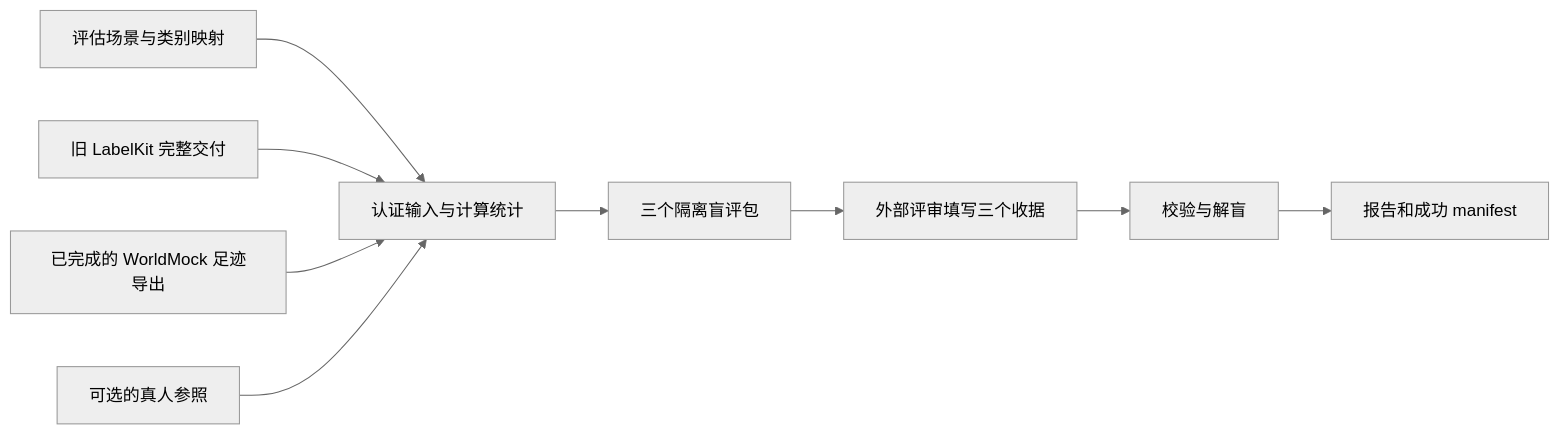
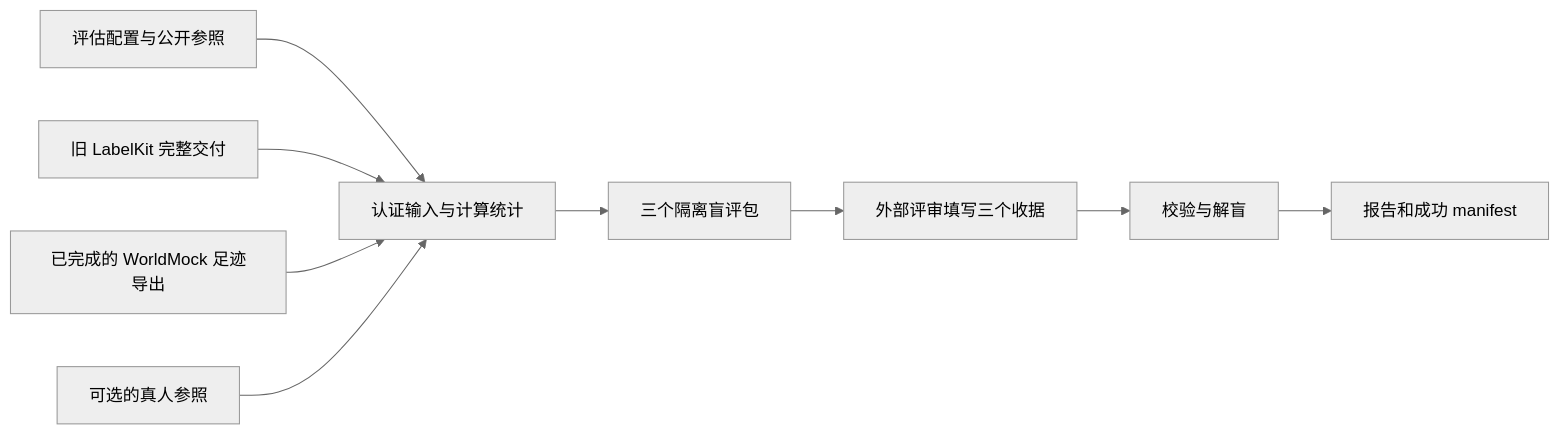
The diagram in docs/manual/evaluation.md (HoldThatThgt/WorldMock), drawn with Mermaid (neutral theme) before and after one commit. The commit also changed other lines of this file and 577 other files, not shown here.

````diff
--- a/docs/manual/evaluation.md
+++ b/docs/manual/evaluation.md
@@ -15,11 +13,11 @@
 ```mermaid
 flowchart LR
-    A[评估场景与类别映射] --> D[认证输入与计算统计]
+    A[评估配置与公开参照] --> D[认证输入与计算统计]
     B[旧 LabelKit 完整交付] --> D
     C[已完成的 WorldMock 足迹导出] --> D
     H[可选的真人参照] --> D
     D --> E[三个隔离盲评包]
     E --> F[外部评审填写三个收据]
     F --> G[校验与解盲]
     G --> I[报告和成功 manifest]
 ```
````
